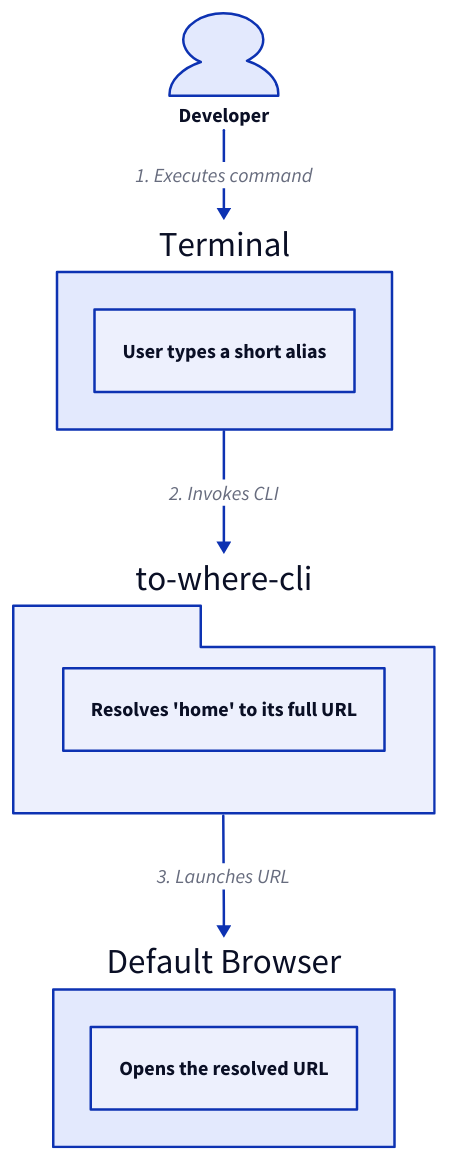
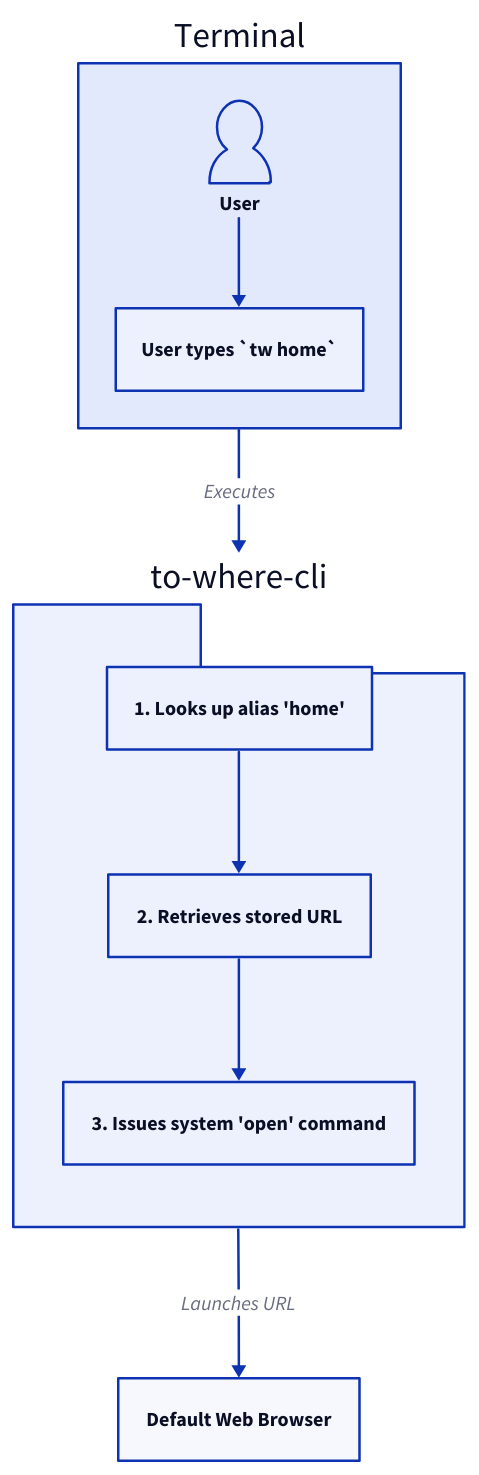
One commit to lban2049/to-where-cli changed the diagram in .aigne/doc-smith/docs/overview.md. Above: the diagram before and after it, drawn with D2. The commit also changed other lines of this file and 24 other files, not shown here.

````diff
--- a/.aigne/doc-smith/docs/overview.md
+++ b/.aigne/doc-smith/docs/overview.md
@@ -7,26 +7,47 @@
 ```d2
 direction: down
 
-"Developer": {
-  shape: person
+Terminal: {
+  shape: rectangle
+
+  User: {
+    shape: person
+  }
+
+  CLI-Input: {
+    label: "User types `tw home`"
+    shape: rectangle
+  }
+
+  User -> CLI-Input
 }
 
-"Terminal": {
-  shape: rectangle
-  "tw home": "User types a short alias"
+to-where-cli: {
+  shape: package
+  
+  Alias-Lookup: {
+    label: "1. Looks up alias 'home'"
+    shape: rectangle
+  }
+  
+  URL-Retrieval: {
+    label: "2. Retrieves stored URL"
+    shape: rectangle
+  }
+  
+  Open-Command: {
+    label: "3. Issues system 'open' command"
+    shape: rectangle
+  }
+
+  Alias-Lookup -> URL-Retrieval -> Open-Command
 }
 
-"to-where-cli": {
-  shape: package
-  "Alias Lookup": "Resolves 'home' to its full URL"
+Browser: {
+  shape: rectangle
+  label: "Default Web Browser"
 }
 
-"Default Browser": {
-  shape: rectangle
-  "Opens the resolved URL"
-}
-
-"Developer" -> "Terminal": "1. Executes command"
-"Terminal" -> "to-where-cli": "2. Invokes CLI"
-"to-where-cli" -> "Default Browser": "3. Launches URL"
+Terminal -> to-where-cli: "Executes"
+to-where-cli -> Browser: "Launches URL"
 ```
````
